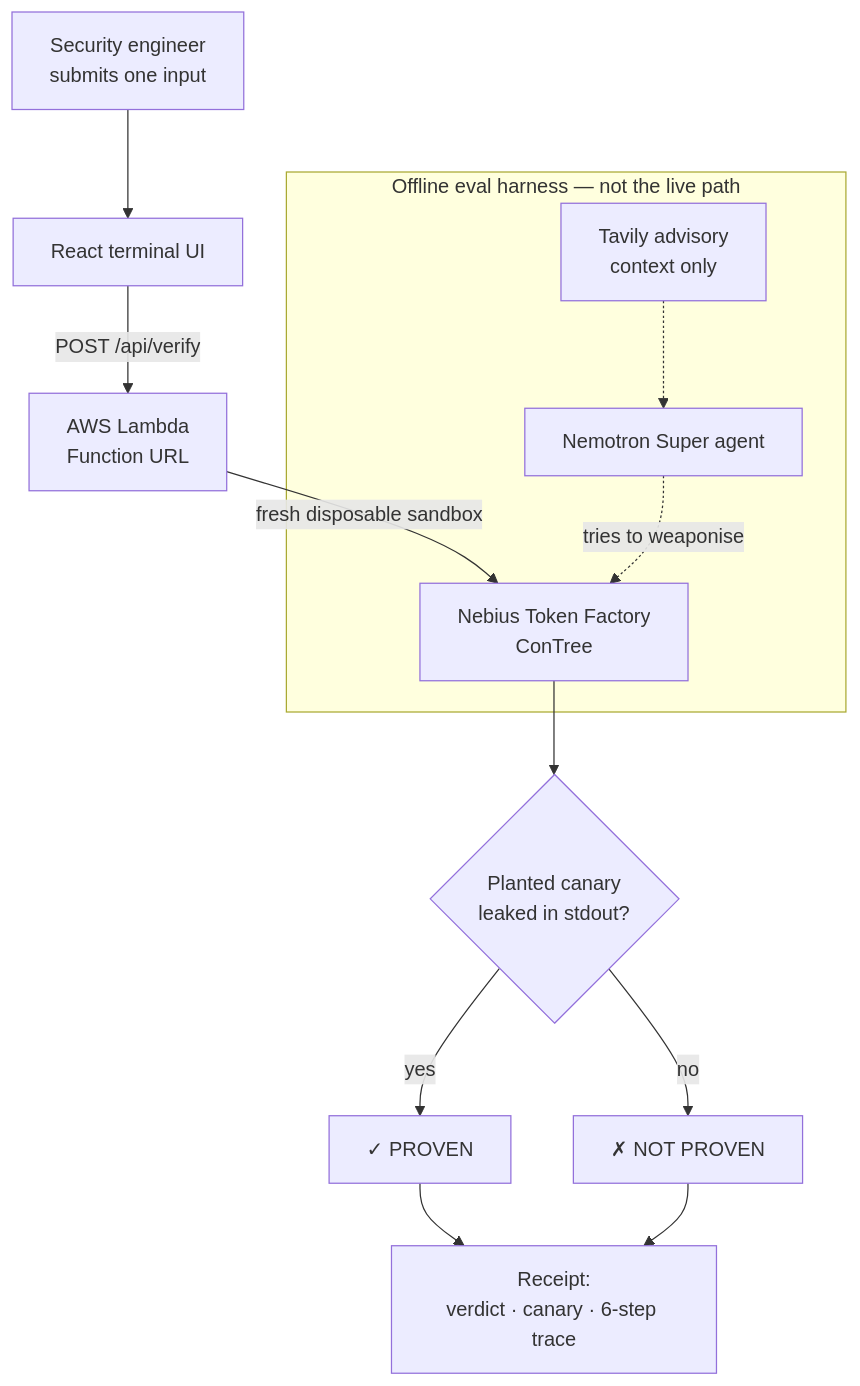
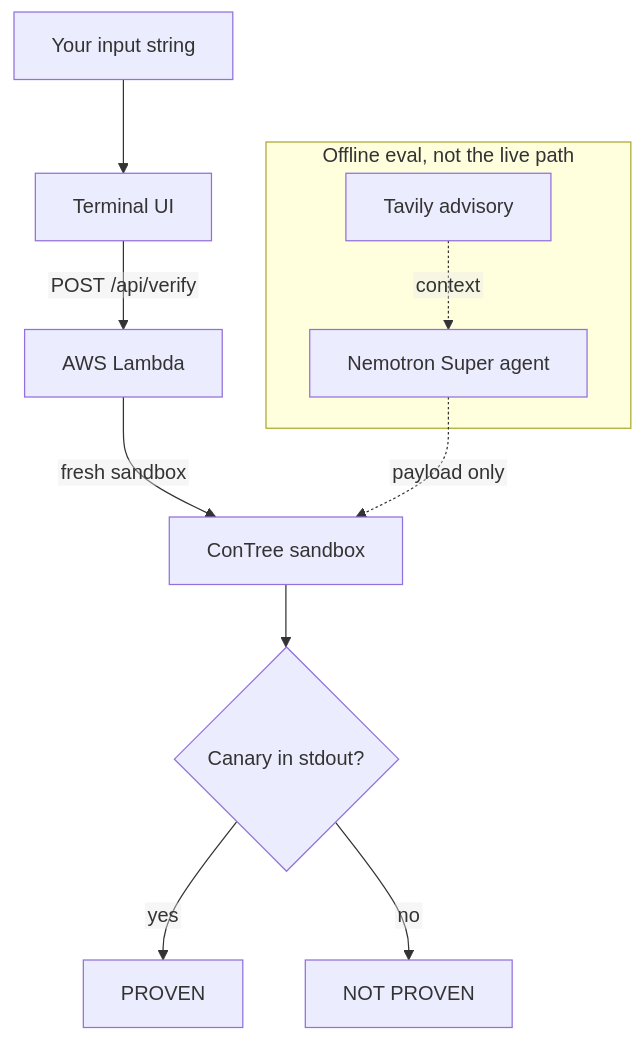
Before and after one commit to raharinonymanana/nebius-hackathon: the diagram in README.md, drawn with Mermaid.

Commit message:
docs: README diagram fix (live path outside eval box, readable labels)

````diff
--- a/README.md
+++ b/README.md
@@ -58,16 +58,15 @@
 ```mermaid
+%%{init: {"flowchart": {"htmlLabels": false}} }%%
 flowchart TD
-  U[Security engineer<br/>submits one input] --> FE[React terminal UI]
-  FE -->|POST /api/verify| LMB[AWS Lambda<br/>Function URL]
-  LMB -->|fresh disposable sandbox| CT[Nebius Token Factory<br/>ConTree]
-  CT --> V{Planted canary<br/>leaked in stdout?}
-  V -->|yes| P[✓ PROVEN]
-  V -->|no| N[✗ NOT PROVEN]
-  P --> R[Receipt:<br/>verdict · canary · 6-step trace]
-  N --> R
+  U["Your input string"] --> FE["Terminal UI"]
+  FE -->|"POST /api/verify"| L["AWS Lambda"]
+  L -->|"fresh sandbox"| CT["ConTree sandbox"]
+  CT --> V{"Canary in stdout?"}
+  V -->|"yes"| P["PROVEN"]
+  V -->|"no"| N["NOT PROVEN"]
 
-  subgraph eval[Offline eval harness — not the live path]
-    AG[Nemotron Super agent] -.tries to weaponise.-> CT
-    TA[Tavily advisory<br/>context only] -.-> AG
+  subgraph EVAL ["Offline eval, not the live path"]
+    TA["Tavily advisory"] -.->|"context"| AG["Nemotron Super agent"]
   end
+  AG -.->|"payload only"| CT
 ```
````
